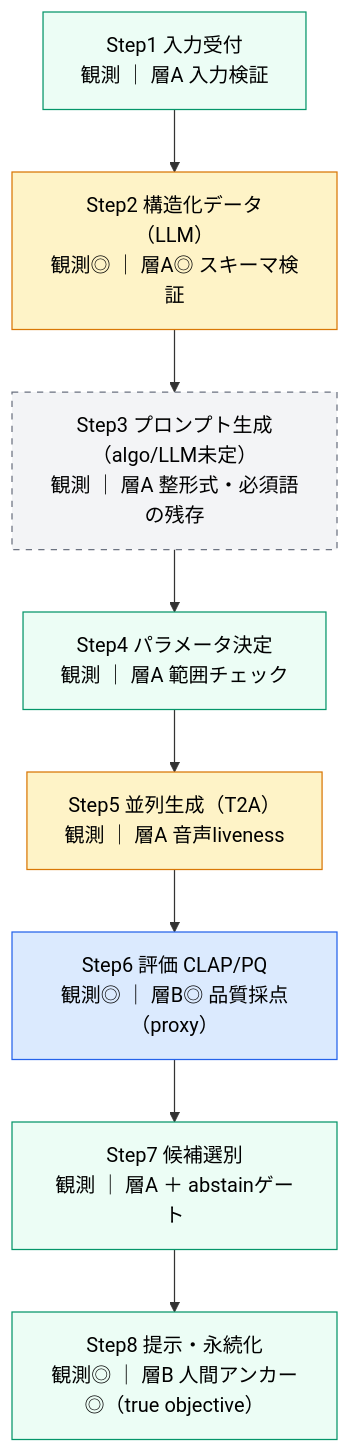
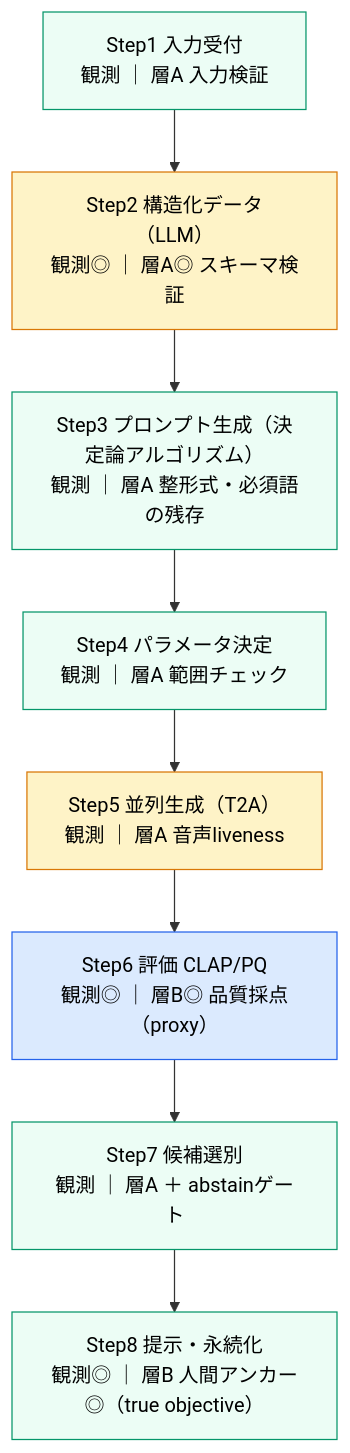
One commit to mgmaru/foley-forge-prototype changed the second of 4 diagrams in docs/observation-and-evaluation-design.md. Above: the diagram before and after it, drawn with Mermaid. The commit also changed other lines of this file and 3 other files, not shown here.

````diff
--- a/docs/observation-and-evaluation-design.md
+++ b/docs/observation-and-evaluation-design.md
@@ -284,17 +284,17 @@
 ```mermaid
 flowchart TD
     S1["Step1 入力受付<br/>観測 ｜ 層A 入力検証"]:::algo
     S2["Step2 構造化データ（LLM）<br/>観測◎ ｜ 層A◎ スキーマ検証"]:::box
-    S3["Step3 プロンプト生成（algo/LLM未定）<br/>観測 ｜ 層A 整形式・必須語の残存"]:::und
+    S3["Step3 プロンプト生成（決定論アルゴリズム）<br/>観測 ｜ 層A 整形式・必須語の残存"]:::algo
     S4["Step4 パラメータ決定<br/>観測 ｜ 層A 範囲チェック"]:::algo
     S5["Step5 並列生成（T2A）<br/>観測 ｜ 層A 音声liveness"]:::box
     S6["Step6 評価 CLAP/PQ<br/>観測◎ ｜ 層B◎ 品質採点（proxy）"]:::eval
     S7["Step7 候補選別<br/>観測 ｜ 層A ＋ abstainゲート"]:::algo
     S8["Step8 提示・永続化<br/>観測◎ ｜ 層B 人間アンカー◎（true objective）"]:::algo
     S1 --> S2 --> S3 --> S4 --> S5 --> S6 --> S7 --> S8
 
     classDef box fill:#fef3c7,stroke:#d97706,color:#000
     classDef eval fill:#dbeafe,stroke:#2563eb,color:#000
     classDef und fill:#f3f4f6,stroke:#6b7280,stroke-dasharray:5 5,color:#000
     classDef algo fill:#ecfdf5,stroke:#059669,color:#000
 ```
````
